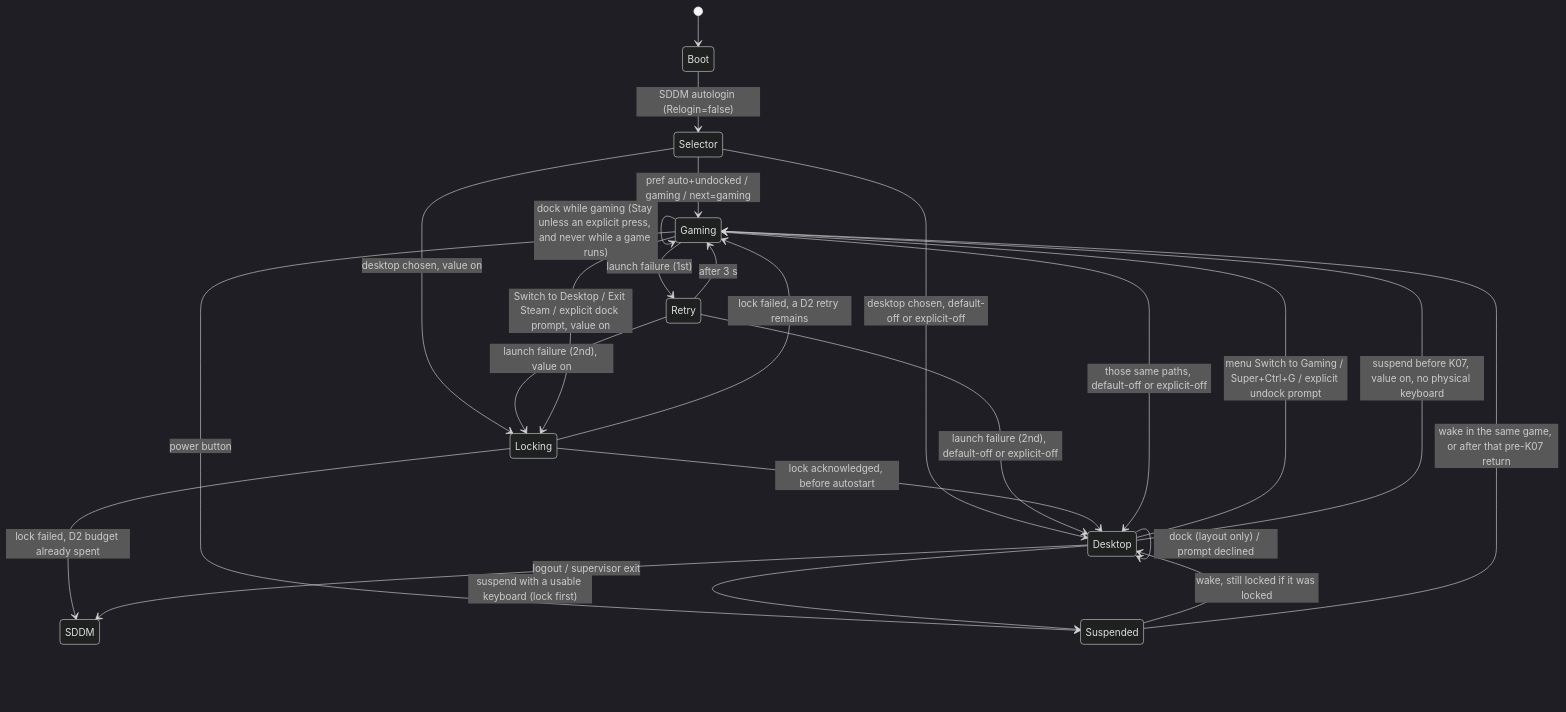
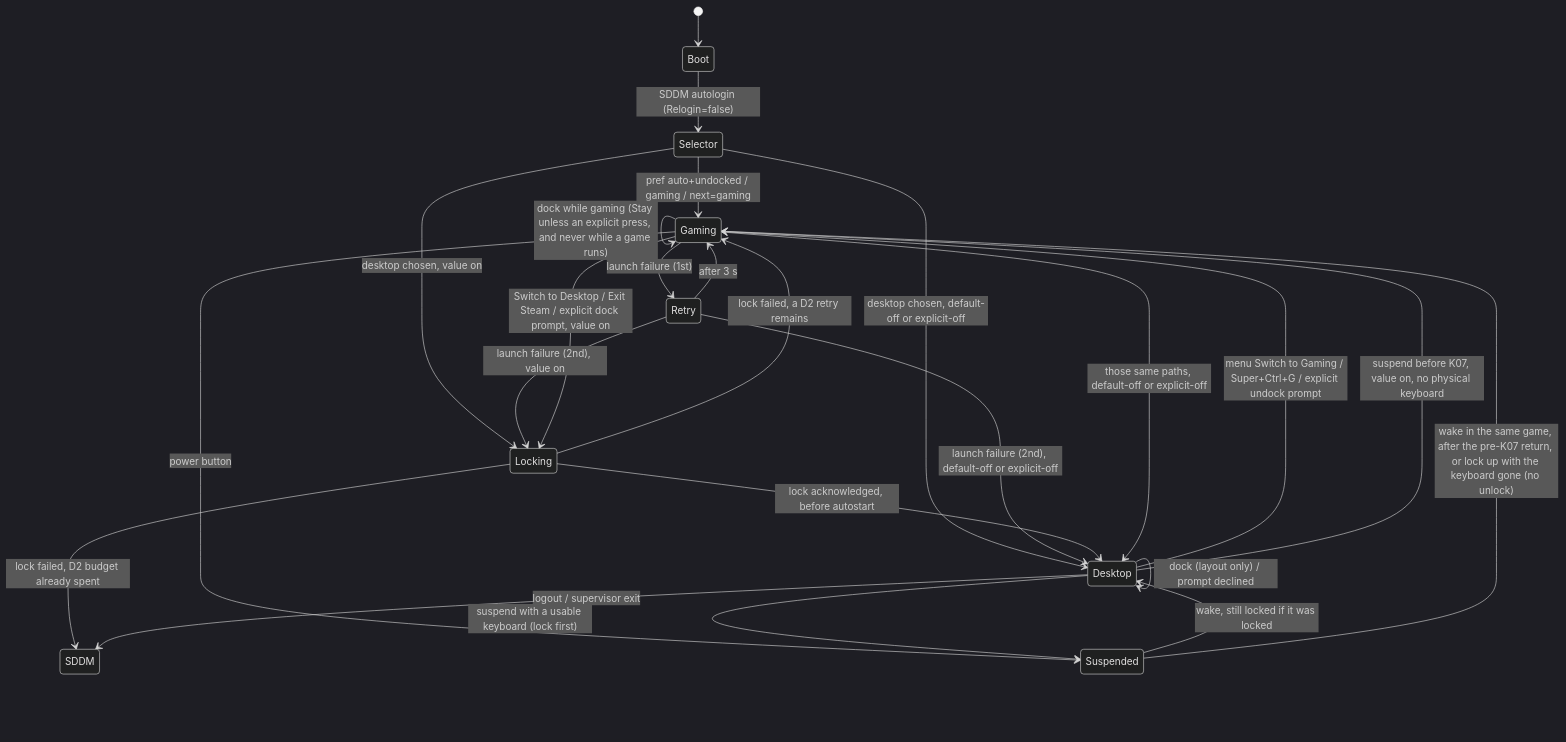
One commit to DanielJBurbridge/omarchy changed the diagram in docs/handheld/02-mode-switch-and-dock.md. Above: the diagram before and after it, drawn with Mermaid (dark theme). The commit also changed other lines of this file and 1 other file, not shown here.

First line of the commit message:
Scope the suspend keyboard rule and record the teardown

````diff
--- a/docs/handheld/02-mode-switch-and-dock.md
+++ b/docs/handheld/02-mode-switch-and-dock.md
@@ -292,26 +298,26 @@
 ```mermaid
 stateDiagram-v2
     [*] --> Boot
     Boot --> Selector: SDDM autologin (Relogin=false)
     Selector --> Gaming: pref auto+undocked / gaming / next=gaming
     Selector --> Locking: desktop chosen, value on
     Selector --> Desktop: desktop chosen, default-off or explicit-off
     Gaming --> Retry: launch failure (1st)
     Retry --> Gaming: after 3 s
     Retry --> Locking: launch failure (2nd), value on
     Retry --> Desktop: launch failure (2nd), default-off or explicit-off
     Locking --> Desktop: lock acknowledged, before autostart
     Locking --> Gaming: lock failed, a D2 retry remains
     Locking --> SDDM: lock failed, D2 budget already spent
     Gaming --> Locking: Switch to Desktop / Exit Steam / explicit dock prompt, value on
     Gaming --> Desktop: those same paths, default-off or explicit-off
     Desktop --> Gaming: menu Switch to Gaming / Super+Ctrl+G / explicit undock prompt
     Gaming --> Gaming: dock while gaming (Stay unless an explicit press, and never while a game runs)
     Desktop --> Desktop: dock (layout only) / prompt declined
     Desktop --> SDDM: logout / supervisor exit
     Gaming --> Suspended: power button
     Desktop --> Suspended: suspend with a usable keyboard (lock first)
     Desktop --> Gaming: suspend before K07, value on, no physical keyboard
     Suspended --> Desktop: wake, still locked if it was locked
-    Suspended --> Gaming: wake in the same game, or after that pre-K07 return
+    Suspended --> Gaming: wake in the same game, after the pre-K07 return, or lock up with the keyboard gone (no unlock)
 ```
````
